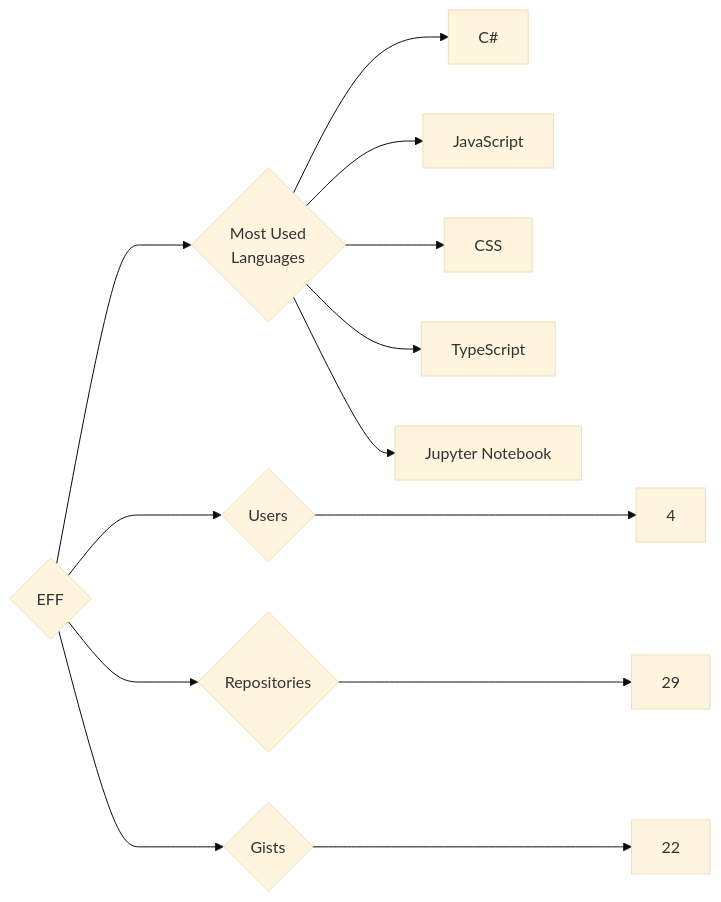
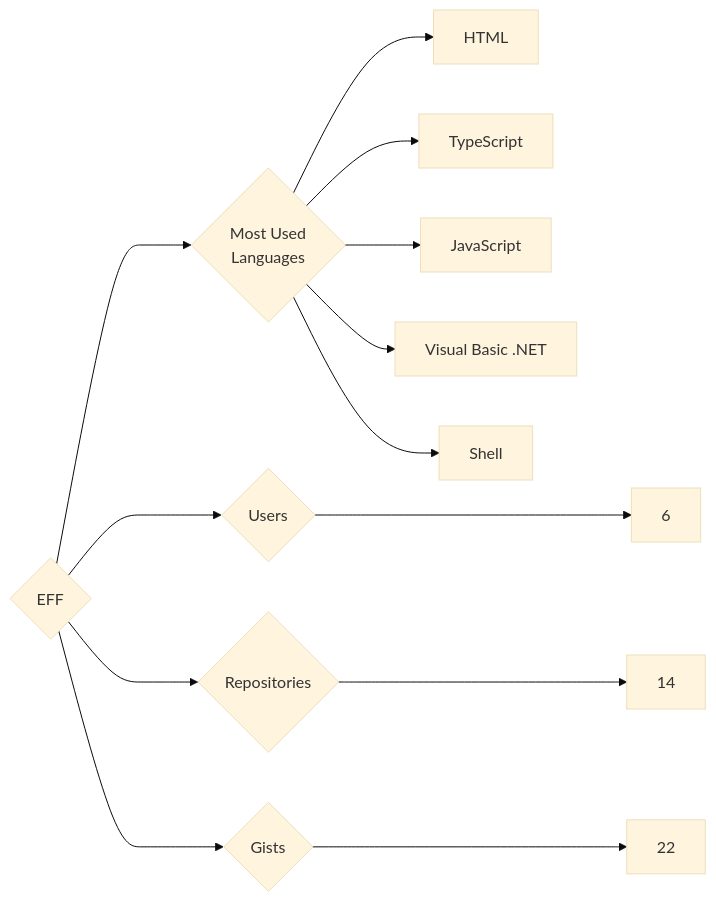
Before and after one commit to trickest/insiders: the diagram in targets/EFF/README.md, drawn with Mermaid (base theme). The commit also changed 823 other files, not shown here.

````diff
--- a/targets/EFF/README.md
+++ b/targets/EFF/README.md
@@ -3,13 +3,13 @@
 ```mermaid
 graph LR
 COMPANY_NAME{EFF}
-COMPANY_NAME ---> U{Users} ---> UN[4]
-COMPANY_NAME ---> R{Repositories} ---> RN[29]
+COMPANY_NAME ---> U{Users} ---> UN[6]
+COMPANY_NAME ---> R{Repositories} ---> RN[14]
 COMPANY_NAME ---> G{Gists} ---> GN[22]
 COMPANY_NAME ---> ML{Most Used<br>Languages}
-ML --> C#[C#]
+ML --> HTML[HTML]
+ML --> TypeScript[TypeScript]
 ML --> JavaScript[JavaScript]
-ML --> CSS[CSS]
-ML --> TypeScript[TypeScript]
-ML --> Jupyter_Notebook[Jupyter Notebook]
+ML --> Visual_Basic_.NET[Visual Basic .NET]
+ML --> Shell[Shell]
 ```
````
